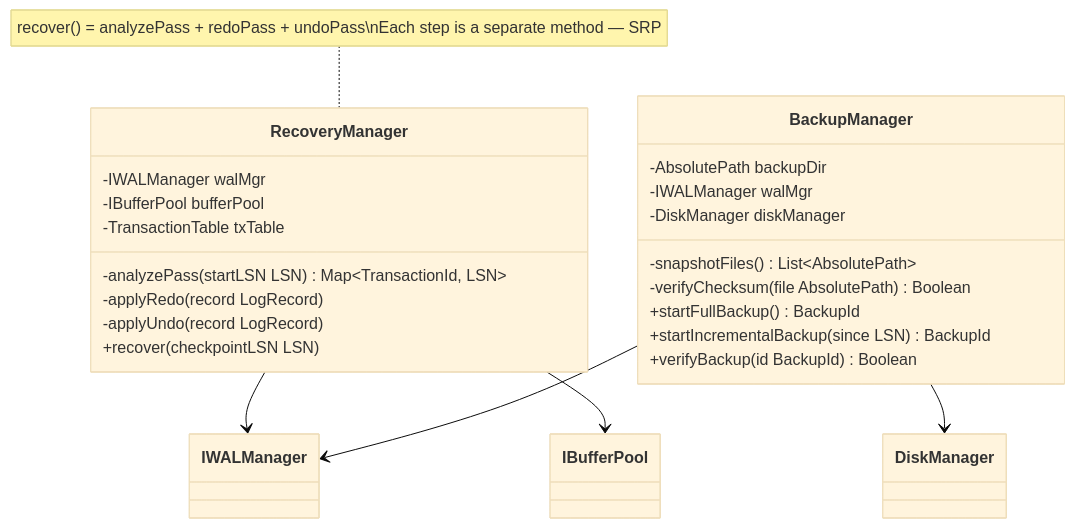
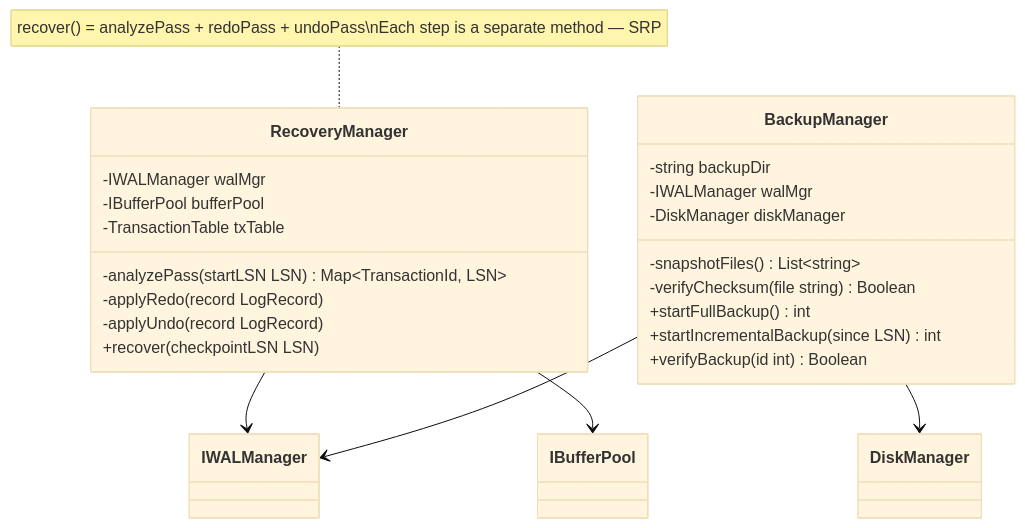
Before and after one commit to Hagiakhanh/bbv-dbms: the eighth of 10 diagrams in README.md, drawn with Mermaid (base theme). The commit also changed other lines of this file and 128 other files, not shown here.

````diff
--- a/README.md
+++ b/README.md
@@ -707,30 +707,30 @@
 ```mermaid
 classDiagram
 
     class RecoveryManager {
         -IWALManager walMgr
         -IBufferPool bufferPool
         -TransactionTable txTable
         -analyzePass(startLSN LSN) Map~TransactionId, LSN~
         -applyRedo(record LogRecord)
         -applyUndo(record LogRecord)
         +recover(checkpointLSN LSN)
     }
     note for RecoveryManager "recover() = analyzePass + redoPass + undoPass\nEach step is a separate method — SRP"
 
     class BackupManager {
-        -AbsolutePath backupDir
+        -string backupDir
         -IWALManager walMgr
         -DiskManager diskManager
-        -snapshotFiles() List~AbsolutePath~
-        -verifyChecksum(file AbsolutePath) Boolean
-        +startFullBackup() BackupId
-        +startIncrementalBackup(since LSN) BackupId
-        +verifyBackup(id BackupId) Boolean
+        -snapshotFiles() List~string~
+        -verifyChecksum(file string) Boolean
+        +startFullBackup() int
+        +startIncrementalBackup(since LSN) int
+        +verifyBackup(id int) Boolean
     }
 
     RecoveryManager --> IWALManager
     RecoveryManager --> IBufferPool
     BackupManager --> IWALManager
     BackupManager --> DiskManager
 ```
````
